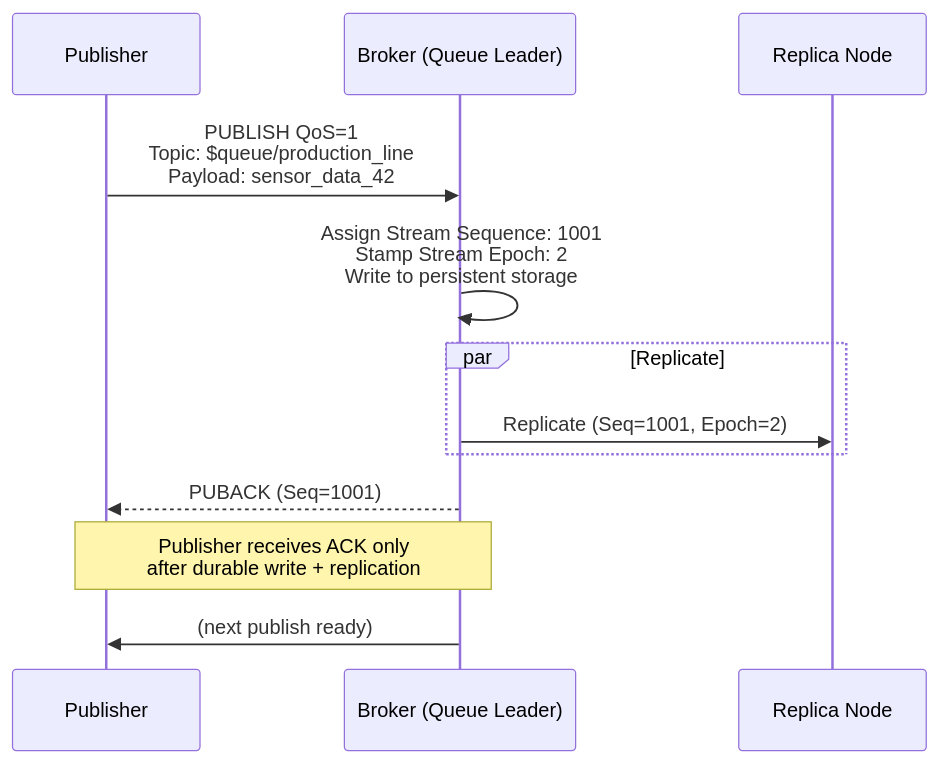
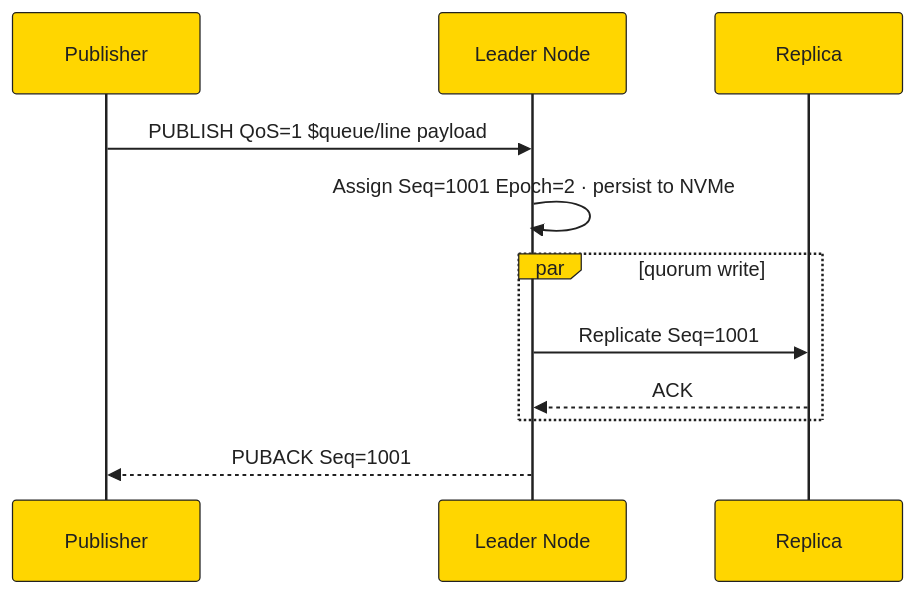
Before and after one commit to bsommers/mqtt-6.0-proposal: the second of 8 diagrams in docs/diagrams/packet-flows.md, drawn with Mermaid. The commit also changed other lines of this file and 2 other files, not shown here.

First line of the commit message:
Redesign diagrams with HiveMQ black/yellow, C4, compact layout

````diff
--- a/docs/diagrams/packet-flows.md
+++ b/docs/diagrams/packet-flows.md
@@ -33,19 +30,15 @@
 ```mermaid
+%%{init:{'theme':'base','themeVariables':{'primaryColor':'#FFD600','primaryTextColor':'#212121','primaryBorderColor':'#212121','lineColor':'#212121','actorBkg':'#FFD600','actorBorder':'#212121','actorTextColor':'#212121','noteBkgColor':'#FFF9C4','noteTextColor':'#212121','activationBkgColor':'#FFF9C4','signalColor':'#212121','signalTextColor':'#212121'}}}%%
 sequenceDiagram
     participant P as Publisher
-    participant B as Broker (Queue Leader)
-    participant R as Replica Node
+    participant L as Leader Node
+    participant R as Replica
 
-    P->>B: PUBLISH QoS=1<br/>Topic: $queue/production_line<br/>Payload: sensor_data_42
-
-    B->>B: Assign Stream Sequence: 1001<br/>Stamp Stream Epoch: 2<br/>Write to persistent storage
-
-    par Replicate
-        B->>R: Replicate (Seq=1001, Epoch=2)
+    P->>L: PUBLISH QoS=1 $queue/line payload
+    L->>L: Assign Seq=1001 Epoch=2 · persist to NVMe
+    par quorum write
+        L->>R: Replicate Seq=1001
+        R-->>L: ACK
     end
-
-    B-->>P: PUBACK (Seq=1001)
-    Note over P,B: Publisher receives ACK only<br/>after durable write + replication
-
-    B->>P: (next publish ready)
+    L-->>P: PUBACK Seq=1001
 ```
````
